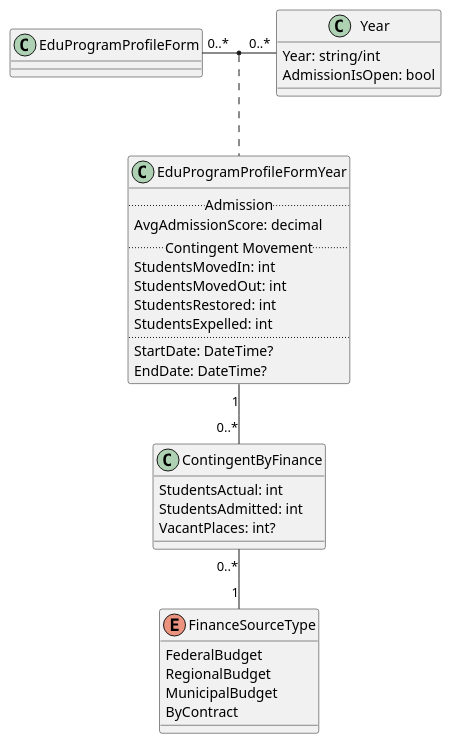
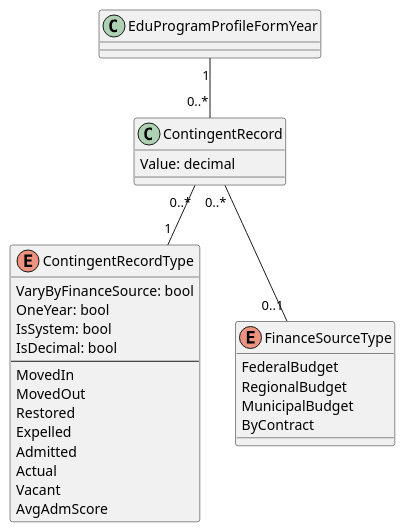
One commit to r7-labs/R7.University changed the diagram in doc/Contingent.puml. Above: the diagram before and after it, drawn with PlantUML. The commit also changed 1 other file, not shown here.

Commit message:
Revamp EduProgramVolume and Contingent diagrams

```diff
--- a/doc/Contingent.puml
+++ b/doc/Contingent.puml
@@ -1,40 +1,37 @@
 @startuml Contingent
 
-EduProgramProfileForm "0..*" - "0..*" Year
-(EduProgramProfileForm, Year) .. EduProgramProfileFormYear 
-
-ContingentByFinance "0..*" -- "1" FinanceSourceType
-EduProgramProfileFormYear "1" -- "0..*" ContingentByFinance
+EduProgramProfileFormYear "1" -- "0..*" ContingentRecord
+ContingentRecord "0..*" -- "1" ContingentRecordType
+ContingentRecord "0..*" -- "0..1" FinanceSourceType
 
 class EduProgramProfileFormYear {
-    .. Admission ..
-    AvgAdmissionScore: decimal
-    .. Contingent Movement ..
-    StudentsMovedIn: int
-    StudentsMovedOut: int
-    StudentsRestored: int
-    StudentsExpelled: int
-    ..
-    StartDate: DateTime?
-    EndDate: DateTime?
 }
 
-class ContingentByFinance {
-    StudentsActual: int
-    StudentsAdmitted: int
-    VacantPlaces: int?
-}
-
-class Year {
-    Year: string/int
-    AdmissionIsOpen: bool
+class ContingentRecord {
+    Value: decimal
 }
 
 enum FinanceSourceType {
     FederalBudget
     RegionalBudget
     MunicipalBudget
     ByContract
 }
 
+enum ContingentRecordType {
+    VaryByFinanceSource: bool
+    OneYear: bool
+    IsSystem: bool
+    IsDecimal: bool
+    --
+    MovedIn
+    MovedOut
+    Restored
+    Expelled
+    Admitted
+    Actual
+    Vacant
+    AvgAdmScore
+}
+
 @enduml
```
